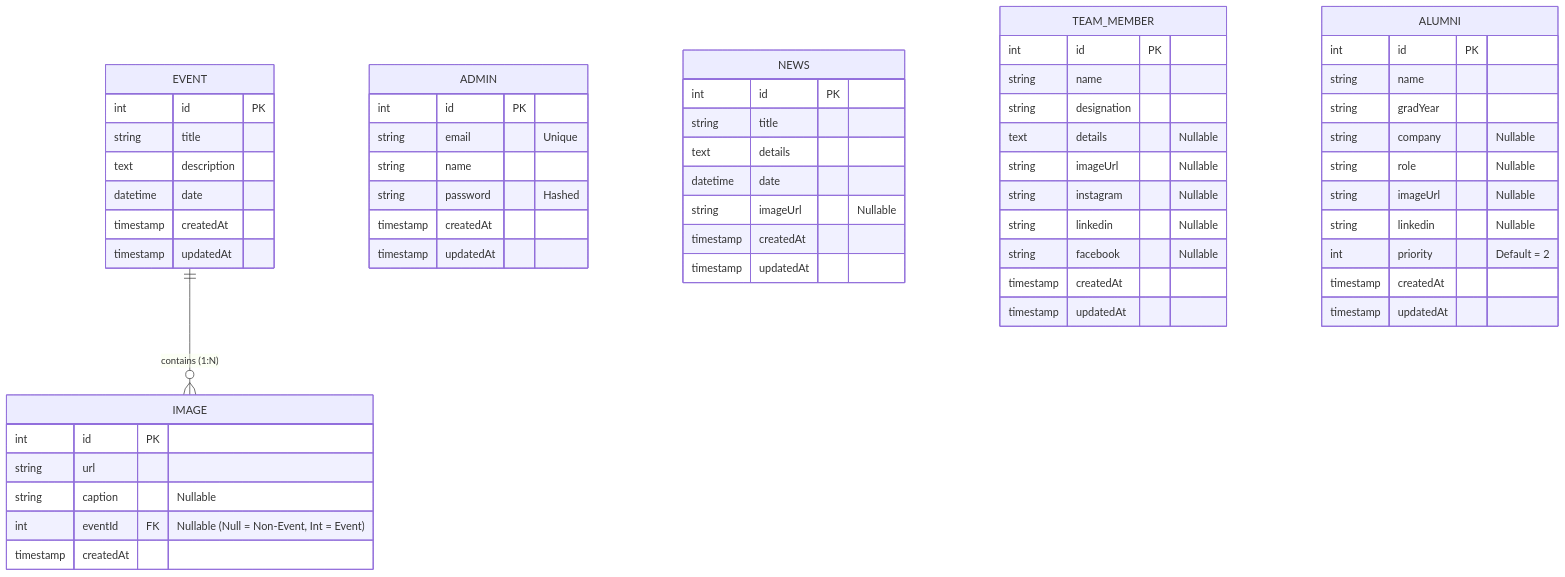
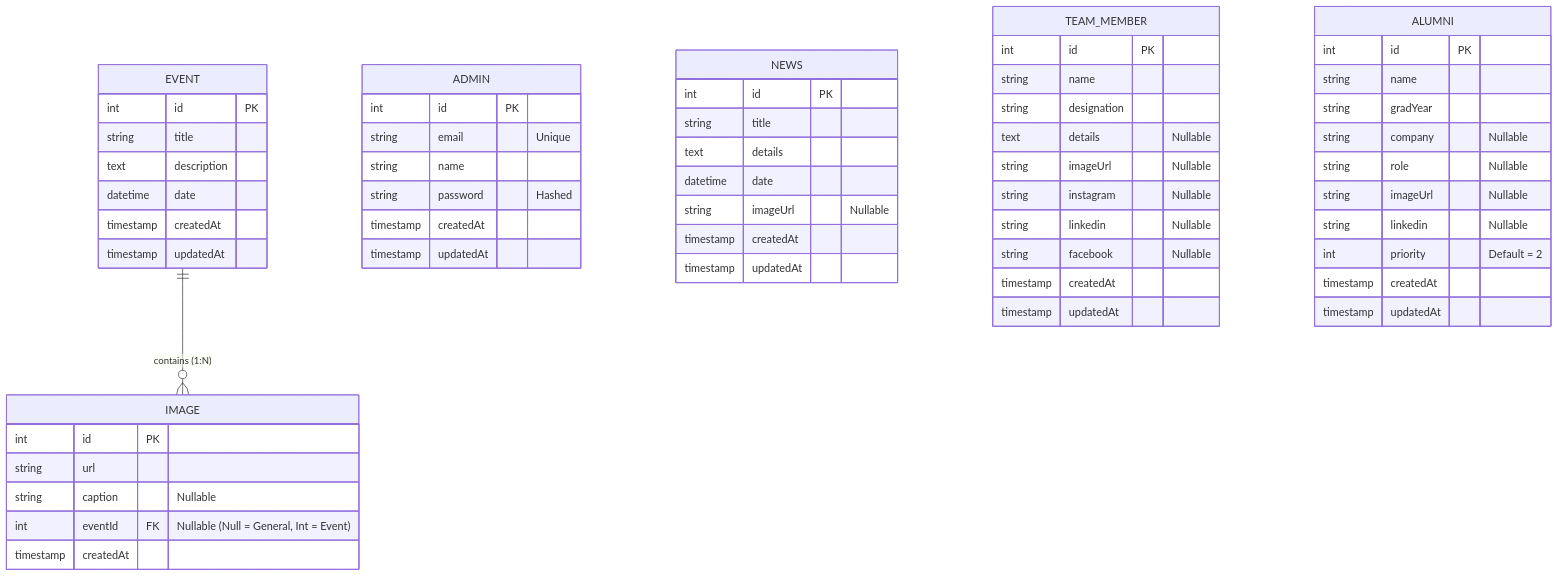
Before and after one commit to Abubakkar-Khan/css_iiui: the second of 2 diagrams in README.md, drawn with Mermaid. The commit also changed other lines of this file and 14 other files, not shown here.

````diff
--- a/README.md
+++ b/README.md
@@ -11,66 +55,66 @@
 ```mermaid
 erDiagram
     EVENT ||--o{ IMAGE : "contains (1:N)"
     
     ADMIN {
         int id PK
         string email "Unique"
         string name
         string password "Hashed"
         timestamp createdAt
         timestamp updatedAt
     }
 
     EVENT {
         int id PK
         string title
         text description
         datetime date
         timestamp createdAt
         timestamp updatedAt
     }
 
     IMAGE {
         int id PK
         string url
         string caption "Nullable"
-        int eventId FK "Nullable (Null = Non-Event, Int = Event)"
+        int eventId FK "Nullable (Null = General, Int = Event)"
         timestamp createdAt
     }
 
     NEWS {
         int id PK
         string title
         text details
         datetime date
         string imageUrl "Nullable"
         timestamp createdAt
         timestamp updatedAt
     }
 
     TEAM_MEMBER {
         int id PK
         string name
         string designation
         text details "Nullable"
         string imageUrl "Nullable"
         string instagram "Nullable"
         string linkedin "Nullable"
         string facebook "Nullable"
         timestamp createdAt
         timestamp updatedAt
     }
 
     ALUMNI {
         int id PK
         string name
         string gradYear
         string company "Nullable"
         string role "Nullable"
         string imageUrl "Nullable"
         string linkedin "Nullable"
         int priority "Default = 2"
         timestamp createdAt
         timestamp updatedAt
     }
 ```
````
